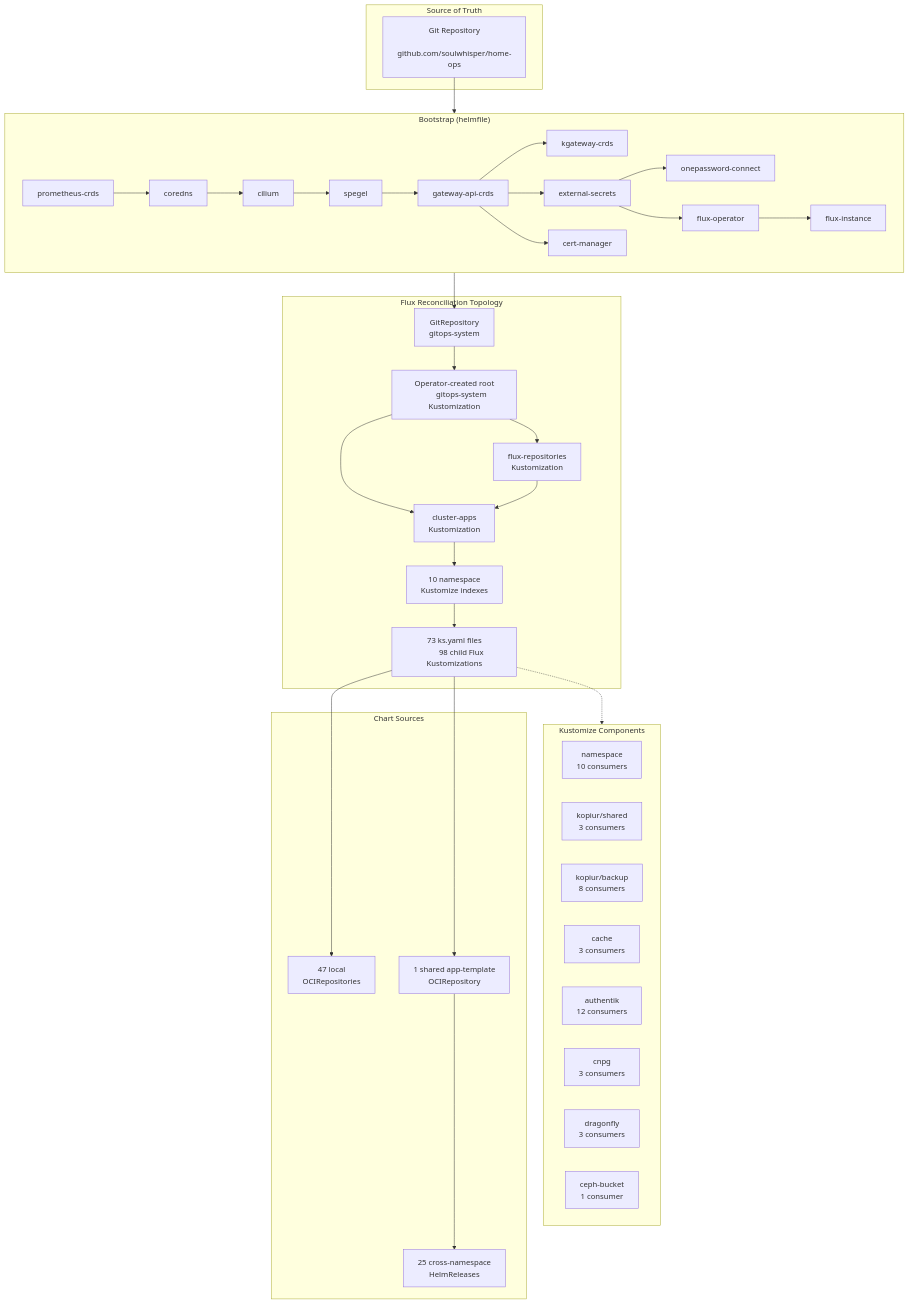
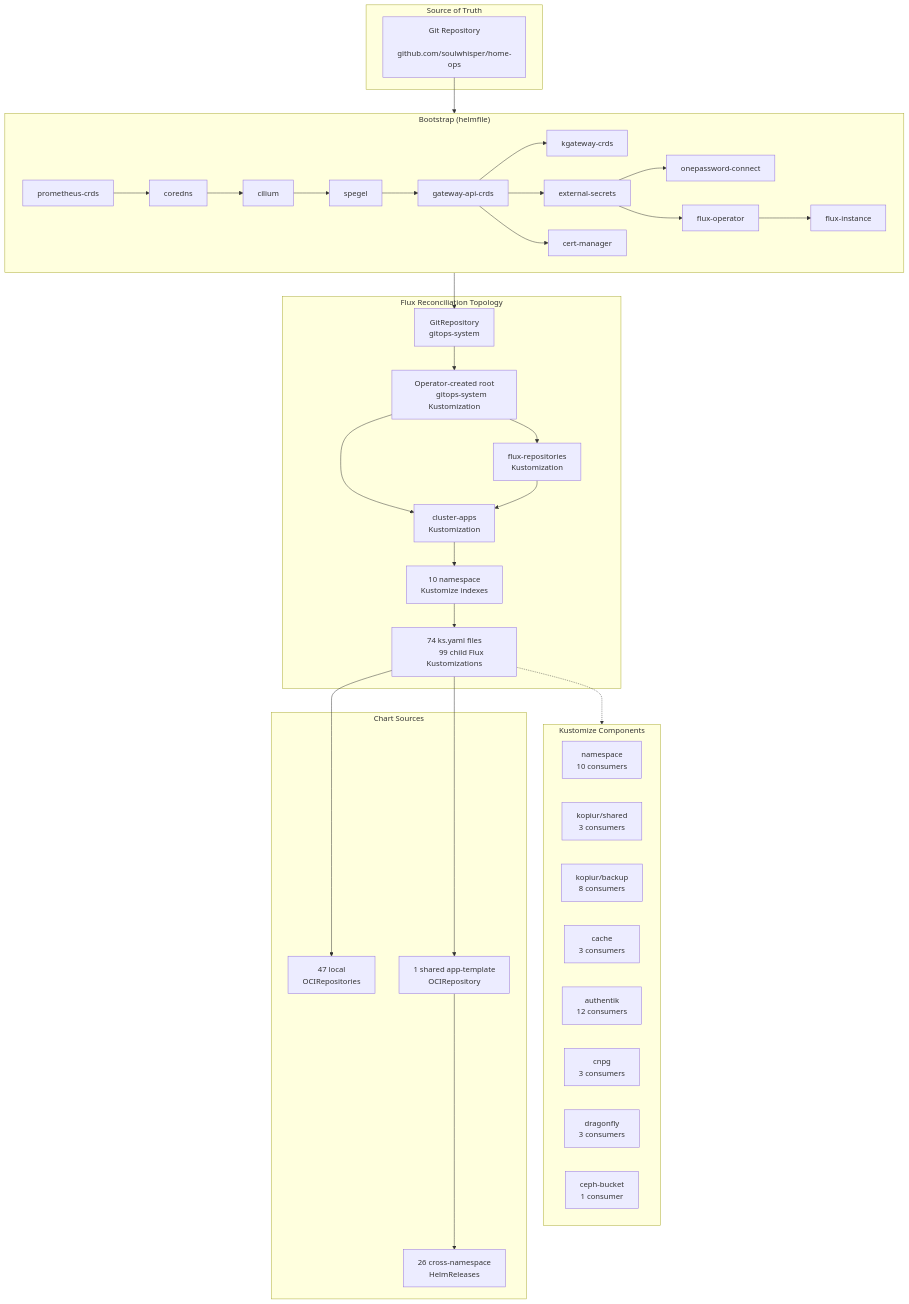
Before and after one commit to soulwhisper/home-ops: the diagram in docs/infrastructure/kubernetes.md, drawn with Mermaid. The commit also changed other lines of this file and 13 other files, not shown here.

````diff
--- a/docs/infrastructure/kubernetes.md
+++ b/docs/infrastructure/kubernetes.md
@@ -12,71 +12,71 @@
 ```mermaid
 flowchart TB
     subgraph Source["Source of Truth"]
         GIT["Git Repository
         github.com/soulwhisper/home-ops"]
     end
 
     subgraph Bootstrap["Bootstrap (helmfile)"]
         direction LR
         B1["prometheus-crds"] --> B2["coredns"]
         B2 --> B3["cilium"]
         B3 --> B4["spegel"]
         B4 --> B5["gateway-api-crds"]
         B5 --> B6["kgateway-crds"]
         B5 --> B7["external-secrets"]
         B5 --> B8["cert-manager"]
         B7 --> B9["onepassword-connect"]
         B7 --> B11["flux-operator"]
         B11 --> B12["flux-instance"]
     end
 
     subgraph FluxTopo["Flux Reconciliation Topology"]
         GR["GitRepository
         gitops-system"] --> ROOT["Operator-created root
         gitops-system Kustomization"]
         ROOT --> FR["flux-repositories
         Kustomization"]
         ROOT --> CA["cluster-apps
         Kustomization"]
         FR --> CA
         CA --> NS["10 namespace
         Kustomize indexes"]
-        NS --> APPS["73 ks.yaml files
-        98 child Flux Kustomizations"]
+        NS --> APPS["74 ks.yaml files
+        99 child Flux Kustomizations"]
     end
 
     subgraph Components["Kustomize Components"]
         NS_COMP["namespace
         10 consumers"]
         KOPIUR_SECRET["kopiur/shared
         3 consumers"]
         KOPIUR_BACKUP["kopiur/backup
         8 consumers"]
         CACHE["cache
         3 consumers"]
         AUTHENTIK["authentik
         12 consumers"]
         CNPG["cnpg
         3 consumers"]
         DRAGONFLY["dragonfly
         3 consumers"]
         CEPH["ceph-bucket
         1 consumer"]
     end
 
     subgraph Charts["Chart Sources"]
         OCI_OWN["47 local
         OCIRepositories"]
         OCI_TPL["1 shared app-template
         OCIRepository"]
-        CROSS["25 cross-namespace
+        CROSS["26 cross-namespace
         HelmReleases"]
     end
 
     GIT --> Bootstrap
     Bootstrap --> GR
     APPS -.-> Components
     APPS --> OCI_OWN
     APPS --> OCI_TPL
     OCI_TPL --> CROSS
 ```
````
